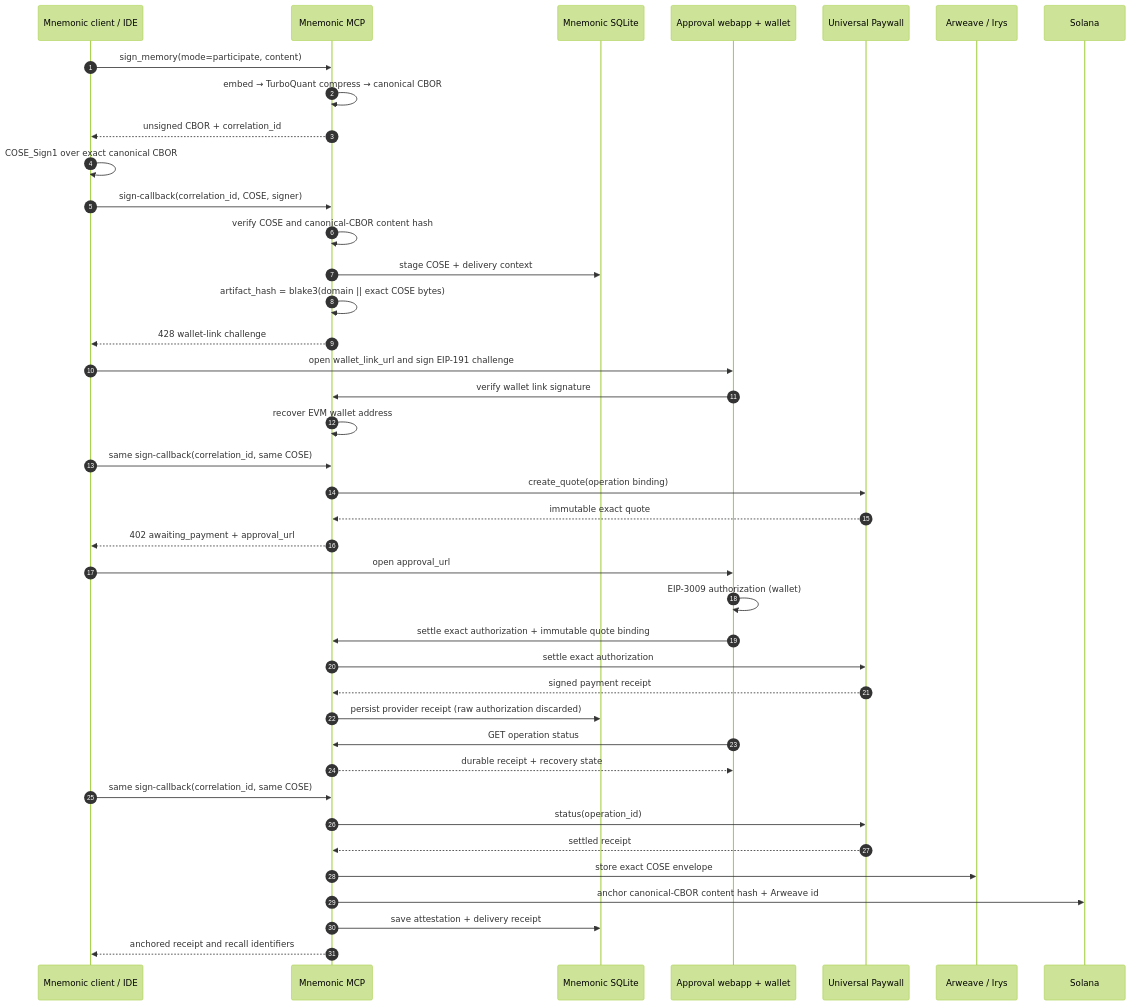
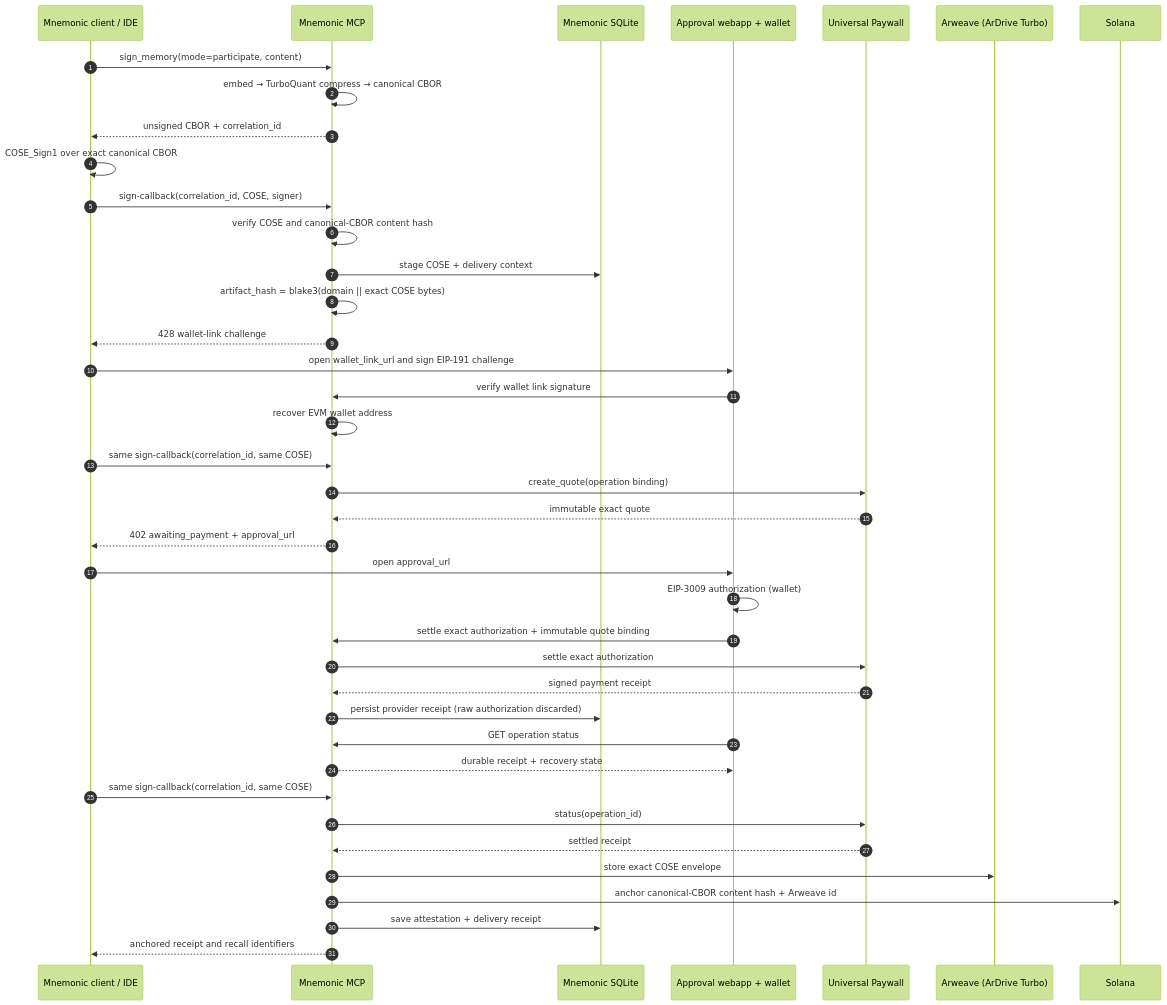
Before and after one commit to mnemonik-xyz/monorepo: the first of 3 diagrams in work/universal-paywall-integration/flow.md, drawn with Mermaid (forest theme). The commit also changed 90 other files, not shown here.

First line of the commit message:
docs: replace Irys with ArDrive Turbo and Arweave gateways

````diff
--- a/work/universal-paywall-integration/flow.md
+++ b/work/universal-paywall-integration/flow.md
@@ -15,43 +15,43 @@
 ```mermaid
 sequenceDiagram
     autonumber
     participant C as Mnemonic client / IDE
     participant M as Mnemonic MCP
     participant DB as Mnemonic SQLite
     participant W as Approval webapp + wallet
     participant UP as Universal Paywall
-    participant A as Arweave / Irys
+    participant A as Arweave (ArDrive Turbo)
     participant S as Solana
 
     C->>M: sign_memory(mode=participate, content)
     M->>M: embed → TurboQuant compress → canonical CBOR
     M-->>C: unsigned CBOR + correlation_id
     C->>C: COSE_Sign1 over exact canonical CBOR
     C->>M: sign-callback(correlation_id, COSE, signer)
     M->>M: verify COSE and canonical-CBOR content hash
     M->>DB: stage COSE + delivery context
     M->>M: artifact_hash = blake3(domain || exact COSE bytes)
     M-->>C: 428 wallet-link challenge
     C->>W: open wallet_link_url and sign EIP-191 challenge
     W->>M: verify wallet link signature
     M->>M: recover EVM wallet address
     C->>M: same sign-callback(correlation_id, same COSE)
     M->>UP: create_quote(operation binding)
     UP-->>M: immutable exact quote
     M-->>C: 402 awaiting_payment + approval_url
     C->>W: open approval_url
     W->>W: EIP-3009 authorization (wallet)
     W->>M: settle exact authorization + immutable quote binding
     M->>UP: settle exact authorization
     UP-->>M: signed payment receipt
     M->>DB: persist provider receipt (raw authorization discarded)
     W->>M: GET operation status
     M-->>W: durable receipt + recovery state
     C->>M: same sign-callback(correlation_id, same COSE)
     M->>UP: status(operation_id)
     UP-->>M: settled receipt
     M->>A: store exact COSE envelope
     M->>S: anchor canonical-CBOR content hash + Arweave id
     M->>DB: save attestation + delivery receipt
     M-->>C: anchored receipt and recall identifiers
 ```
````
